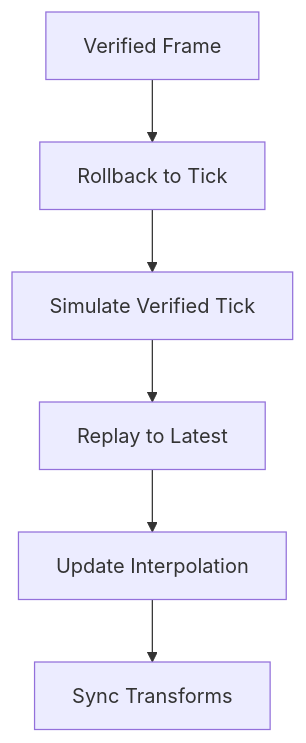
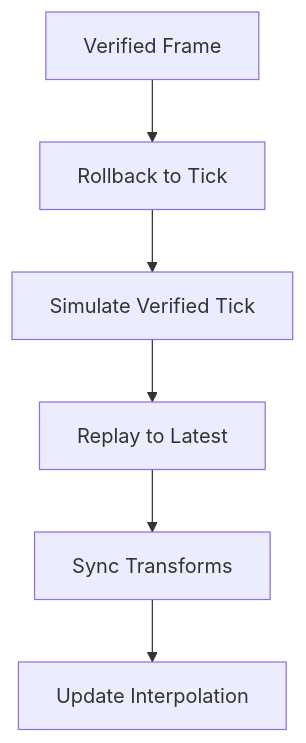
One commit to PurrNet/PurrDocs changed the second of 3 diagrams in client-side-prediction/flow.md. Above: the diagram before and after it, drawn with Mermaid. The commit also changed other lines of this file, not shown here.

Commit message:
Docs: update Execution Flow

````diff
--- a/client-side-prediction/flow.md
+++ b/client-side-prediction/flow.md
@@ -24,8 +24,8 @@
 ```mermaid
 flowchart TD
   K[Verified Frame] --> L[Rollback to Tick]
   L --> M[Simulate Verified Tick]
   M --> N[Replay to Latest]
-  N --> O[Update Interpolation]
-  O --> P[Sync Transforms]
+  N --> O[Sync Transforms]
+  O --> P[Update Interpolation]
 ```
````
